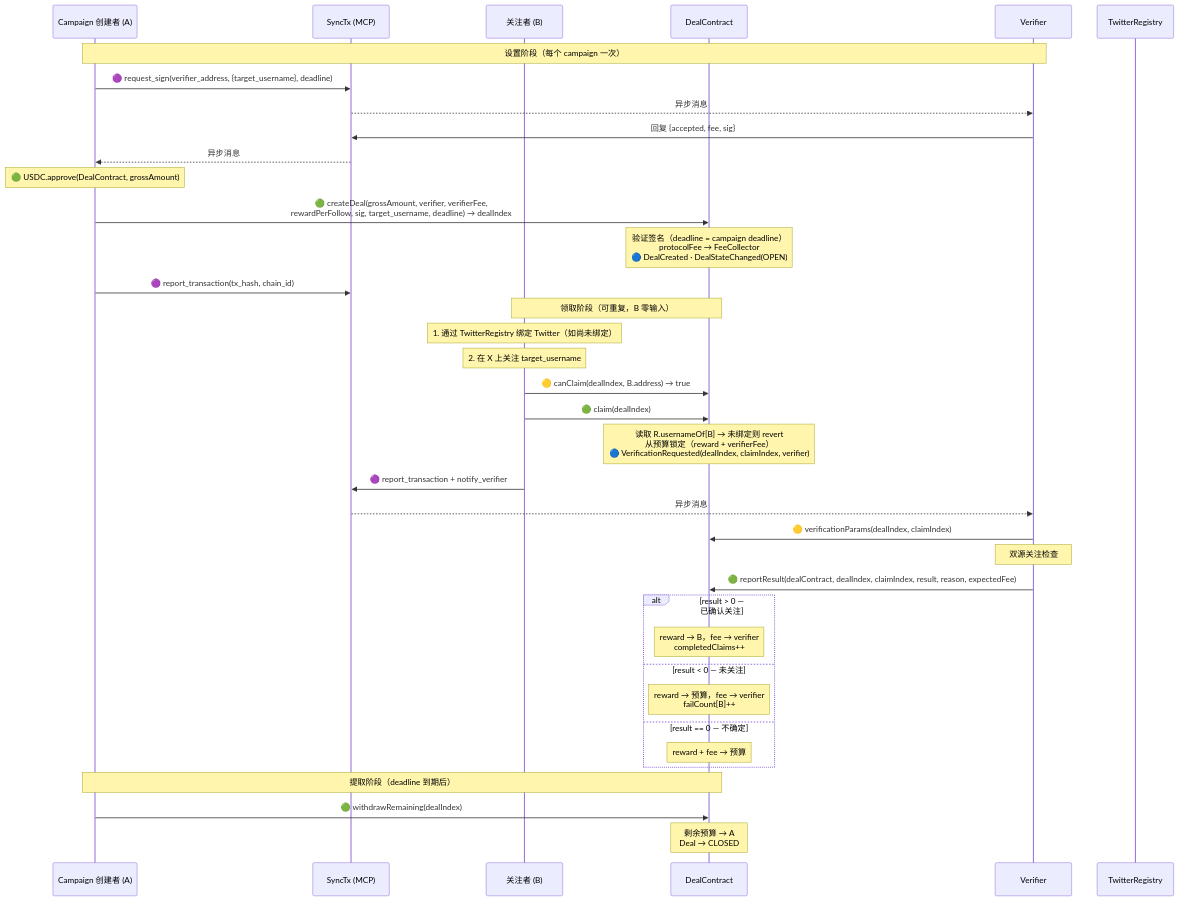
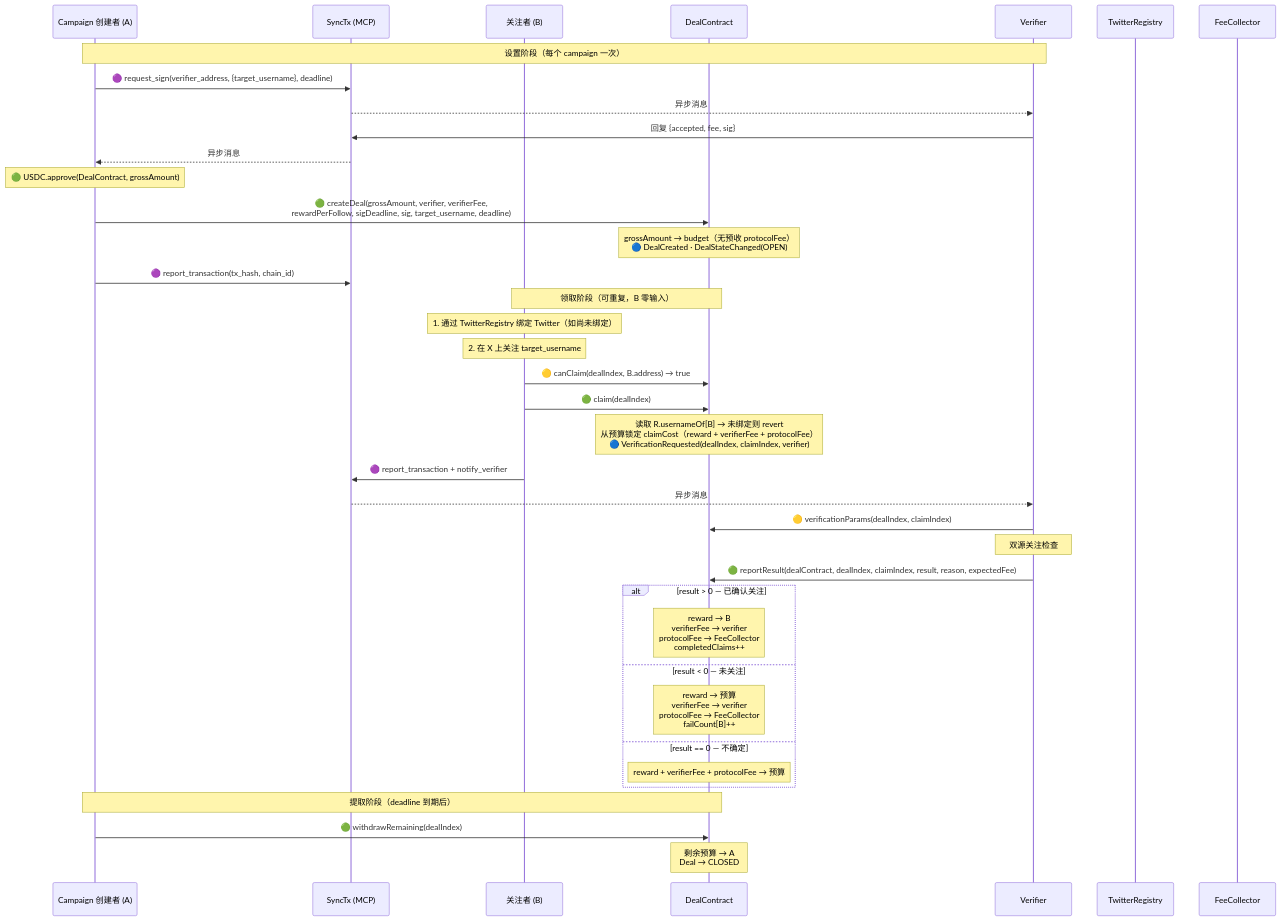
The first of 5 diagrams in examples/x-follow/x-follow-design-zh.md (synctxai/synctx), drawn with Mermaid before and after one commit. The commit also changed other lines of this file and 1 other file, not shown here.

First line of the commit message:
docs(x-follow): per-claim protocol fee from budget, no upfront fee at creation

````diff
--- a/examples/x-follow/x-follow-design-zh.md
+++ b/examples/x-follow/x-follow-design-zh.md
@@ -162,49 +164,50 @@
 ```mermaid
 sequenceDiagram
     participant A as Campaign 创建者 (A)
     participant P as SyncTx (MCP)
     participant B as 关注者 (B)
     participant D as DealContract
     participant V as Verifier
     participant R as TwitterRegistry
+    participant F as FeeCollector
 
     Note over A,V: 设置阶段（每个 campaign 一次）
 
     A->>P: 🟣 request_sign(verifier_address, {target_username}, deadline)
     P-->>V: 异步消息
     V->>P: 回复 {accepted, fee, sig}
     P-->>A: 异步消息
 
     Note over A: 🟢 USDC.approve(DealContract, grossAmount)
-    A->>D: 🟢 createDeal(grossAmount, verifier, verifierFee,<br/>rewardPerFollow, sig, target_username, deadline) → dealIndex
-    Note over D: 验证签名（deadline = campaign deadline）<br/>protocolFee → FeeCollector<br/>🔵 DealCreated · DealStateChanged(OPEN)
+    A->>D: 🟢 createDeal(grossAmount, verifier, verifierFee,<br/>rewardPerFollow, sigDeadline, sig, target_username, deadline)
+    Note over D: grossAmount → budget（无预收 protocolFee）<br/>🔵 DealCreated · DealStateChanged(OPEN)
     A->>P: 🟣 report_transaction(tx_hash, chain_id)
 
     Note over B,D: 领取阶段（可重复，B 零输入）
 
     Note over B: 1. 通过 TwitterRegistry 绑定 Twitter（如尚未绑定）
     Note over B: 2. 在 X 上关注 target_username
     B->>D: 🟡 canClaim(dealIndex, B.address) → true
     B->>D: 🟢 claim(dealIndex)
-    Note over D: 读取 R.usernameOf[B] → 未绑定则 revert<br/>从预算锁定（reward + verifierFee）<br/>🔵 VerificationRequested(dealIndex, claimIndex, verifier)
+    Note over D: 读取 R.usernameOf[B] → 未绑定则 revert<br/>从预算锁定 claimCost（reward + verifierFee + protocolFee）<br/>🔵 VerificationRequested(dealIndex, claimIndex, verifier)
     B->>P: 🟣 report_transaction + notify_verifier
     P-->>V: 异步消息
 
     V->>D: 🟡 verificationParams(dealIndex, claimIndex)
     Note over V: 双源关注检查
 
     V->>D: 🟢 reportResult(dealContract, dealIndex, claimIndex, result, reason, expectedFee)
 
     alt result > 0 — 已确认关注
-        Note over D: reward → B，fee → verifier<br/>completedClaims++
+        Note over D: reward → B<br/>verifierFee → verifier<br/>protocolFee → FeeCollector<br/>completedClaims++
     else result < 0 — 未关注
-        Note over D: reward → 预算，fee → verifier<br/>failCount[B]++
+        Note over D: reward → 预算<br/>verifierFee → verifier<br/>protocolFee → FeeCollector<br/>failCount[B]++
     else result == 0 — 不确定
-        Note over D: reward + fee → 预算
+        Note over D: reward + verifierFee + protocolFee → 预算
     end
 
     Note over A,D: 提取阶段（deadline 到期后）
 
     A->>D: 🟢 withdrawRemaining(dealIndex)
     Note over D: 剩余预算 → A<br/>Deal → CLOSED
 ```
````
